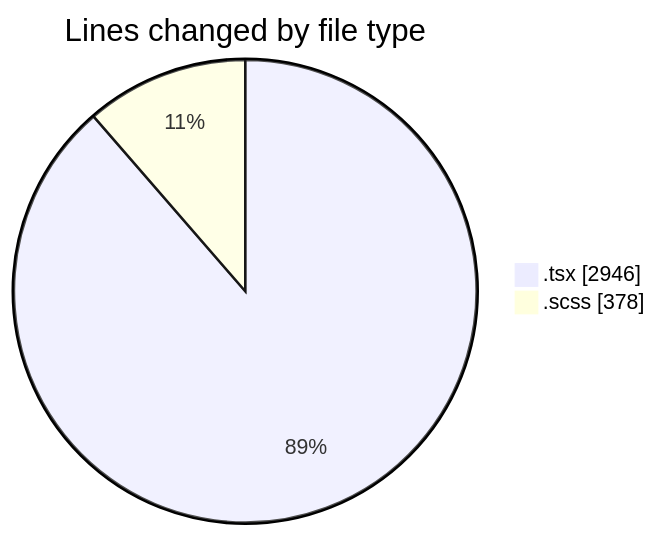
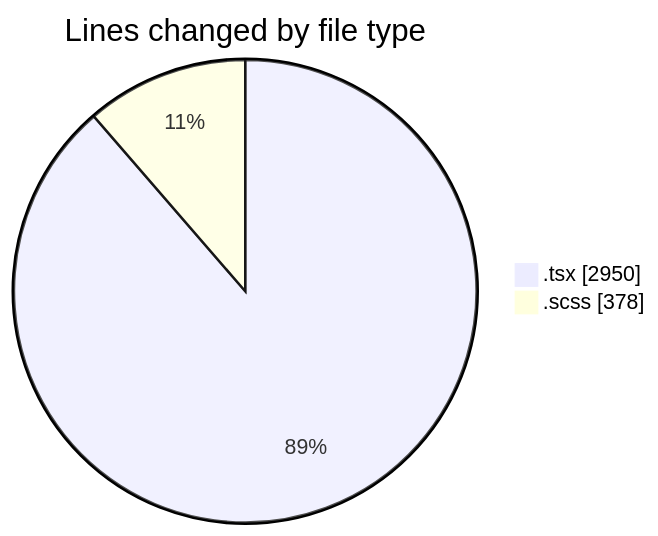
Before and after one commit to momahboobian/code-tracking: the first of 2 diagrams in 2025-09-30/cda/README.md, drawn with Mermaid. The commit also changed other lines of this file and 1 other file, not shown here.

````diff
--- a/2025-09-30/cda/README.md
+++ b/2025-09-30/cda/README.md
@@ -23,6 +23,6 @@
 ```mermaid
 pie showData
 title Lines changed by file type
-".tsx" : 2946
+".tsx" : 2950
 ".scss" : 378
 ```
````
